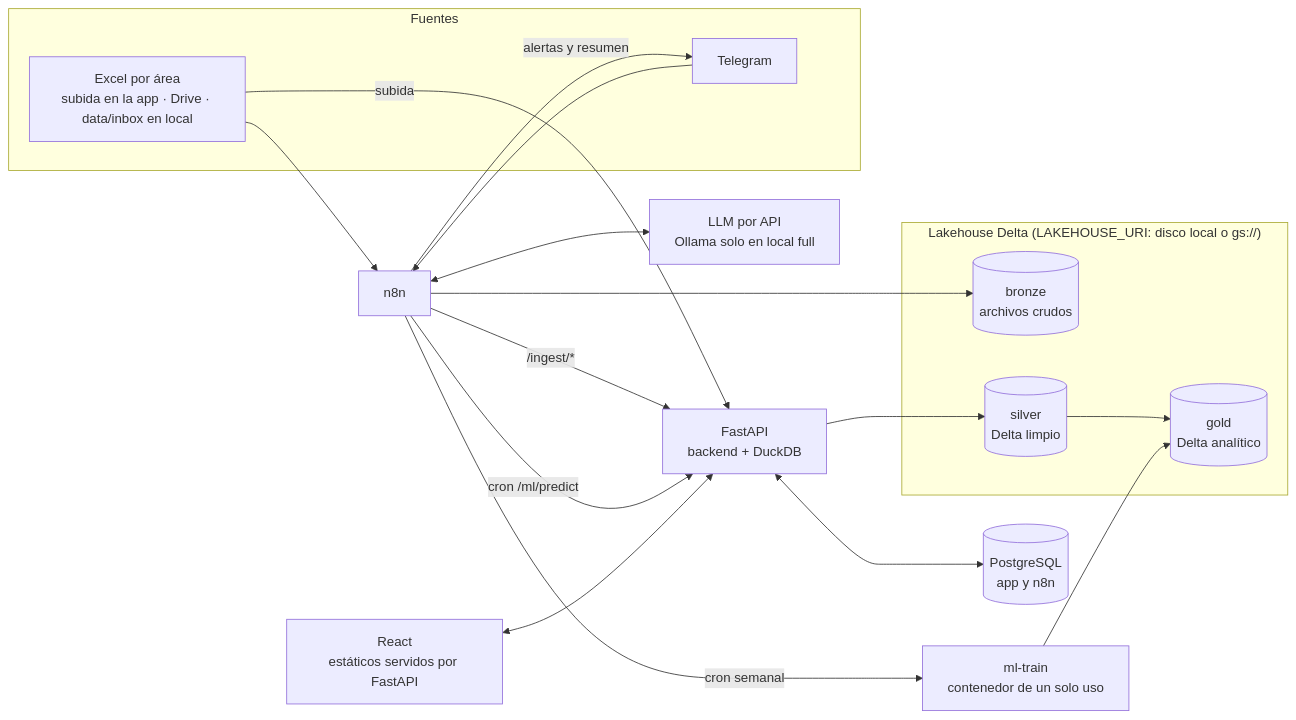
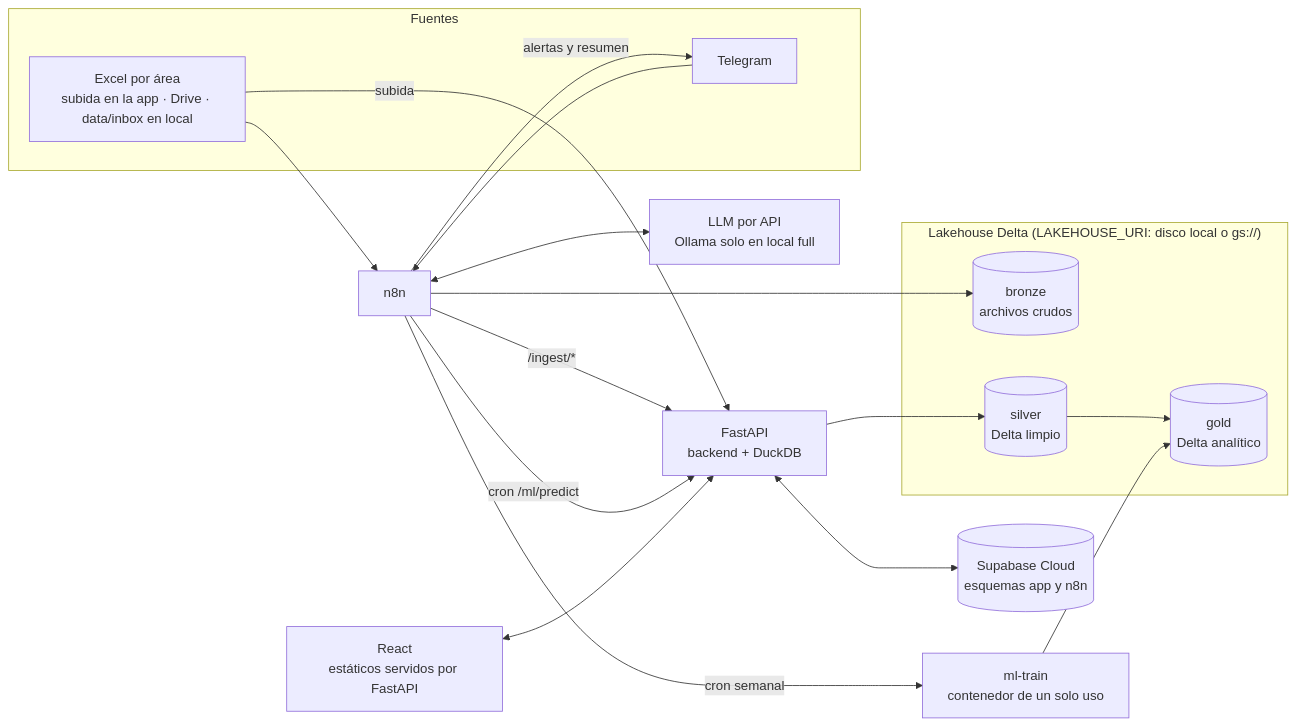
One commit to JeffryRU/Avicola2-Platform changed the diagram in docs/architecture.md. Above: the diagram before and after it, drawn with Mermaid. The commit also changed other lines of this file and 36 other files, not shown here.

````diff
--- a/docs/architecture.md
+++ b/docs/architecture.md
@@ -39,30 +39,30 @@
 ```mermaid
 flowchart LR
   subgraph Fuentes
     XL[Excel por área<br/>subida en la app · Drive · data/inbox en local]
     MSG[Telegram]
   end
   N8N[n8n]
   subgraph LH["Lakehouse Delta (LAKEHOUSE_URI: disco local o gs://)"]
     B[(bronze<br/>archivos crudos)]
     S[(silver<br/>Delta limpio)]
     G[(gold<br/>Delta analítico)]
   end
   API[FastAPI<br/>backend + DuckDB]
   ML[ml-train<br/>contenedor de un solo uso]
-  PG[(PostgreSQL<br/>app y n8n)]
+  PG[(Supabase Cloud<br/>esquemas app y n8n)]
   FE[React<br/>estáticos servidos por FastAPI]
   LLM[LLM por API<br/>Ollama solo en local full]
 
   XL --> N8N --> B
   XL -->|subida| API
   MSG --> N8N
   N8N <--> LLM
   N8N -->|/ingest/*| API
   API --> S --> G
   N8N -->|cron /ml/predict| API
   N8N -->|cron semanal| ML --> G
   FE <--> API
   API <--> PG
   N8N -->|alertas y resumen| MSG
 ```
````
